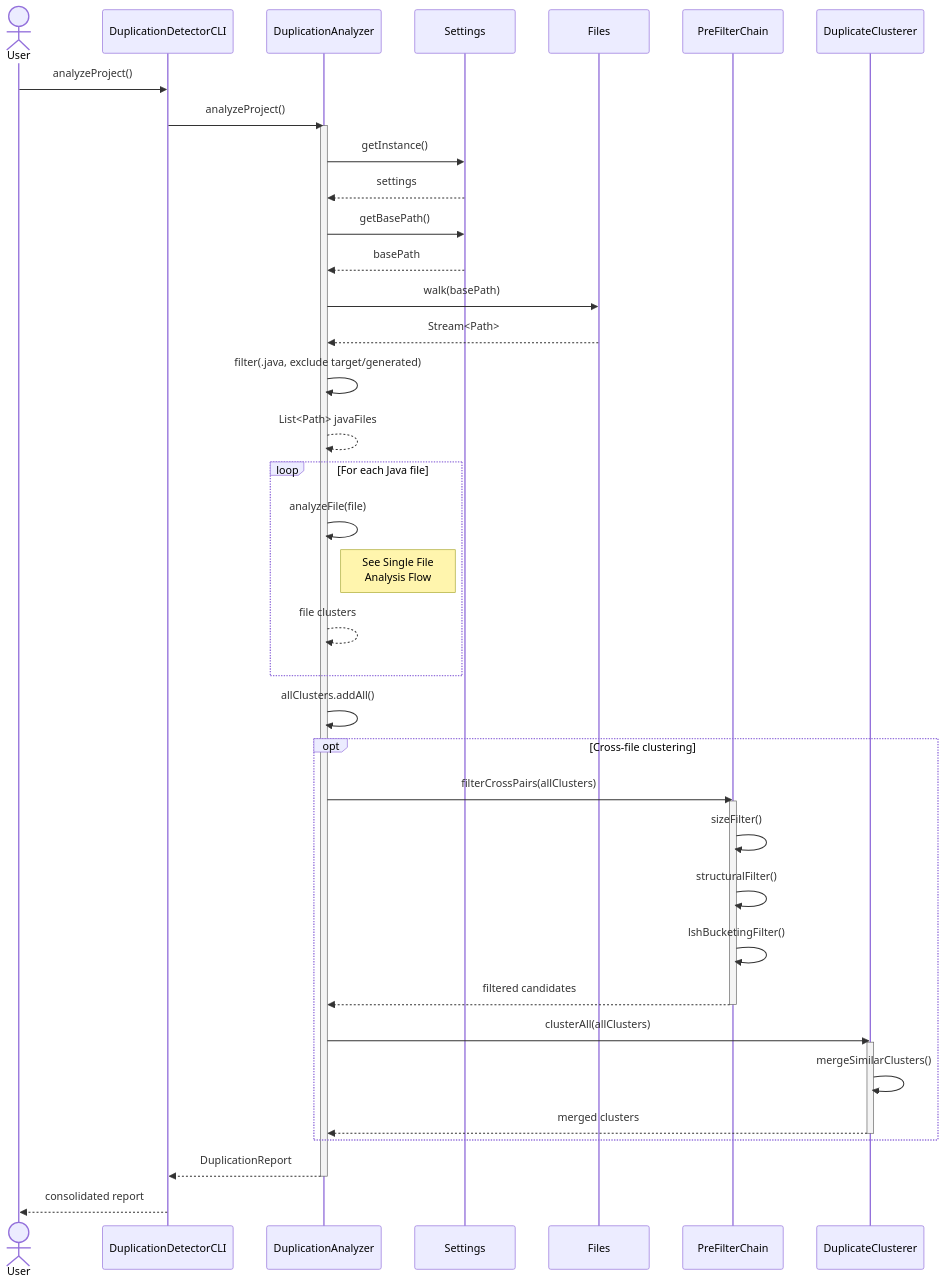
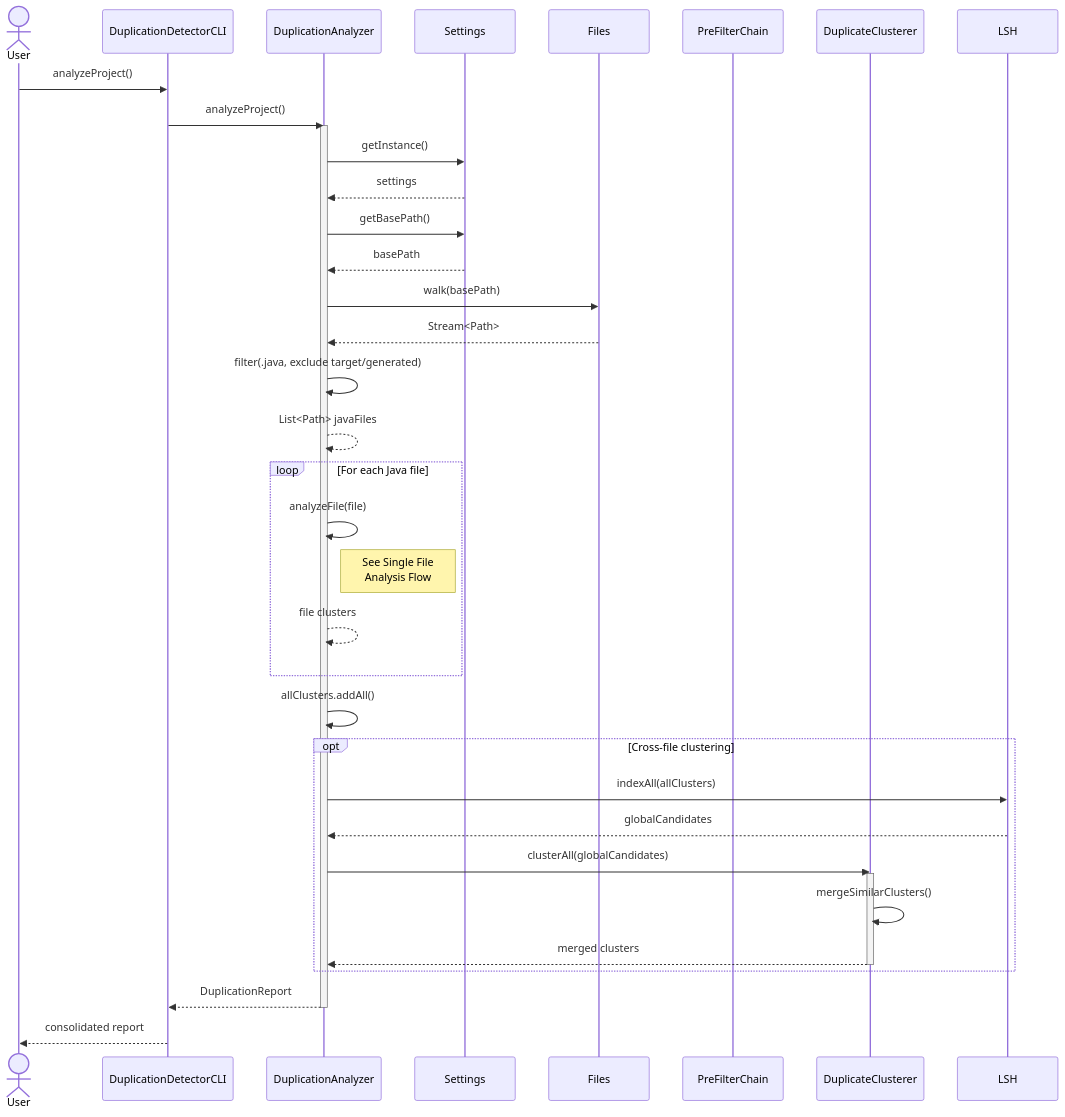
The second of 6 diagrams in docs/duplication-detector/sequence_diagrams.md (e4c5/bertie), drawn with Mermaid before and after one commit. The commit also changed other lines of this file and 4 other files, not shown here.

````diff
--- a/docs/duplication-detector/sequence_diagrams.md
+++ b/docs/duplication-detector/sequence_diagrams.md
@@ -93,55 +101,50 @@
 ```mermaid
 sequenceDiagram
     actor User
     participant CLI as DuplicationDetectorCLI
     participant Analyzer as DuplicationAnalyzer
     participant Settings as Settings
     participant FileSystem as Files
     participant PreFilter as PreFilterChain
     participant Clusterer as DuplicateClusterer
 
     User->>CLI: analyzeProject()
     CLI->>Analyzer: analyzeProject()
     
     activate Analyzer
     Analyzer->>Settings: getInstance()
     Settings-->>Analyzer: settings
     
     Analyzer->>Settings: getBasePath()
     Settings-->>Analyzer: basePath
     
     Analyzer->>FileSystem: walk(basePath)
     FileSystem-->>Analyzer: Stream<Path>
     
     Analyzer->>Analyzer: filter(.java, exclude target/generated)
     Analyzer-->>Analyzer: List<Path> javaFiles
     
     loop For each Java file
         Analyzer->>Analyzer: analyzeFile(file)
         Note right of Analyzer: See Single File<br/>Analysis Flow
         Analyzer-->>Analyzer: file clusters
     end
     
     Analyzer->>Analyzer: allClusters.addAll()
     
     opt Cross-file clustering
-        Analyzer->>PreFilter: filterCrossPairs(allClusters)
-        activate PreFilter
-        PreFilter->>PreFilter: sizeFilter()
-        PreFilter->>PreFilter: structuralFilter()
-        PreFilter->>PreFilter: lshBucketingFilter()
-        PreFilter-->>Analyzer: filtered candidates
-        deactivate PreFilter
+        Analyzer->>LSH: indexAll(allClusters)
+        LSH-->>Analyzer: globalCandidates
         
-        Analyzer->>Clusterer: clusterAll(allClusters)
+        Analyzer->>Clusterer: clusterAll(globalCandidates)
         activate Clusterer
         Clusterer->>Clusterer: mergeSimilarClusters()
         Clusterer-->>Analyzer: merged clusters
         deactivate Clusterer
     end
     
     Analyzer-->>CLI: DuplicationReport
     deactivate Analyzer
     
     CLI-->>User: consolidated report
 ```
````
